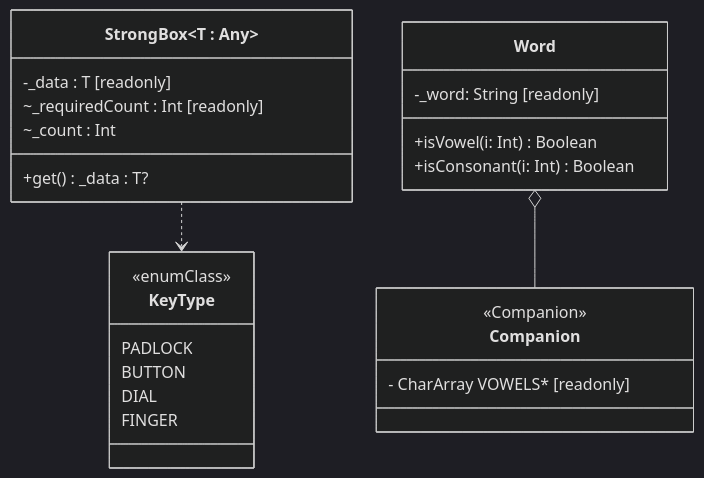
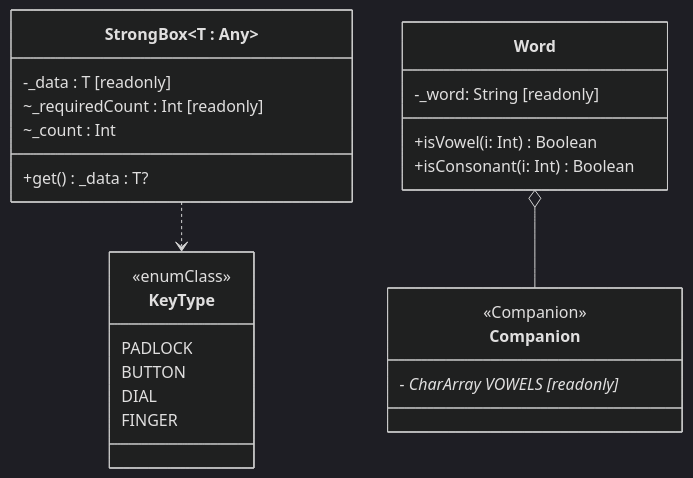
Before and after one commit to SurvivalCodingCampus/gangnam3-java-oop: the diagram in docs/UML/Day12Diagram.md, drawn with Mermaid (dark theme).

Commit message:
docs: 다이어그램 기울임꼴 위치 수정

````diff
--- a/docs/UML/Day12Diagram.md
+++ b/docs/UML/Day12Diagram.md
@@ -1,32 +1,32 @@
 ```mermaid
 classDiagram
     class KeyType {
         <<enumClass>>
         PADLOCK
         BUTTON
         DIAL
         FINGER
     }
 
     class StrongBox~T : Any~ {
         -_data : T [readonly]
         ~_requiredCount : Int [readonly]
         ~_count : Int
         +get() _data : T?
     }
 
     StrongBox ..> KeyType
 
     class Word {
         -_word: String [readonly]
         +isVowel(i: Int) Boolean
         +isConsonant(i: Int) Boolean
     }
 
     class Companion {
         <<Companion>> 
-        - CharArray VOWELS* [readonly]
+        - CharArray VOWELS [readonly] *
     }
 
 Word o-- Companion
 ```
````
